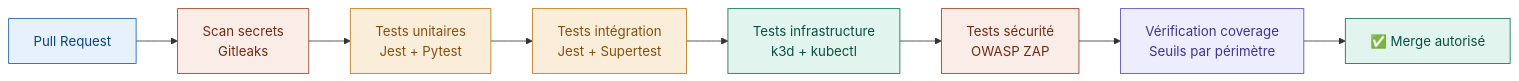
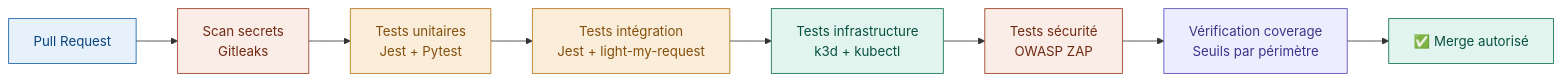
One commit to Collectionr/collectionr_epitech changed the diagram in docs/devops/D03-strategie-test..md. Above: the diagram before and after it, drawn with Mermaid. The commit also changed other lines of this file and 3 other files, not shown here.

````diff
--- a/docs/devops/D03-strategie-test..md
+++ b/docs/devops/D03-strategie-test..md
@@ -356,25 +356,25 @@
 ```mermaid
 graph LR
     PR["Pull Request"] --> Secrets["Scan secrets
     Gitleaks"]
     Secrets --> Unit["Tests unitaires
     Jest + Pytest"]
     Unit --> Integration["Tests intégration
-    Jest + Supertest"]
+    Jest + light-my-request"]
     Integration --> Infra["Tests infrastructure
     k3d + kubectl"]
     Infra --> Security["Tests sécurité
     OWASP ZAP"]
     Security --> Coverage["Vérification coverage
     Seuils par périmètre"]
     Coverage --> Merge["✅ Merge autorisé"]
 
     style PR fill:#E6F1FB,stroke:#185FA5,color:#0C447C
     style Secrets fill:#FAECE7,stroke:#993C1D,color:#712B13
     style Unit fill:#FAEEDA,stroke:#BA7517,color:#854F0B
     style Integration fill:#FAEEDA,stroke:#BA7517,color:#854F0B
     style Infra fill:#E1F5EE,stroke:#0F6E56,color:#085041
     style Security fill:#FAECE7,stroke:#993C1D,color:#712B13
     style Coverage fill:#EEEDFE,stroke:#534AB7,color:#3C3489
     style Merge fill:#E1F5EE,stroke:#0F6E56,color:#085041
 ```
````
